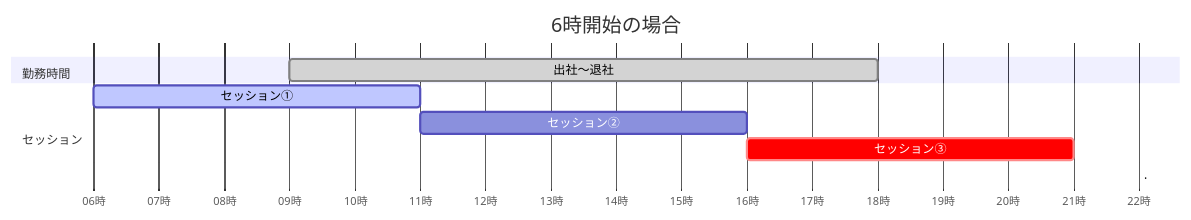
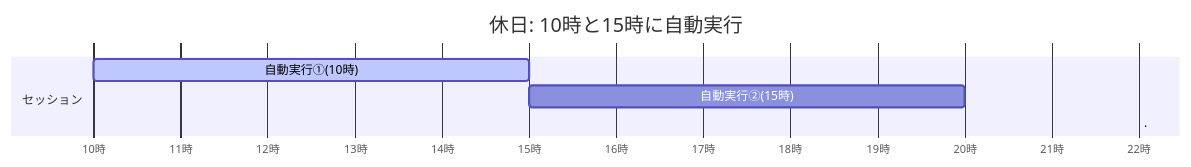
Before and after one commit to expsh13/hello-claude: the second of 3 diagrams in README.md, drawn with Mermaid. The commit also changed other lines of this file and 2 other files, not shown here.

````diff
--- a/README.md
+++ b/README.md
@@ -36,16 +37,12 @@
 ```mermaid
 gantt
-    title 6時開始の場合
+    title 休日: 10時と15時に自動実行
     dateFormat HH:mm
     axisFormat %H時
     todayMarker off
 
-    section 勤務時間
-    出社〜退社                :done, work, 09:00, 9h
-
     section セッション
-    セッション①              :active, s1, 06:00, 5h
-    セッション②              :s2, 11:00, 5h
-    セッション③              :crit, s3, 16:00, 5h
+    自動実行①(10時)           :active, s1, 10:00, 5h
+    自動実行②(15時)           :s2, 15:00, 5h
     .                        :done, axis2, 22:00, 0h
 ```
````
